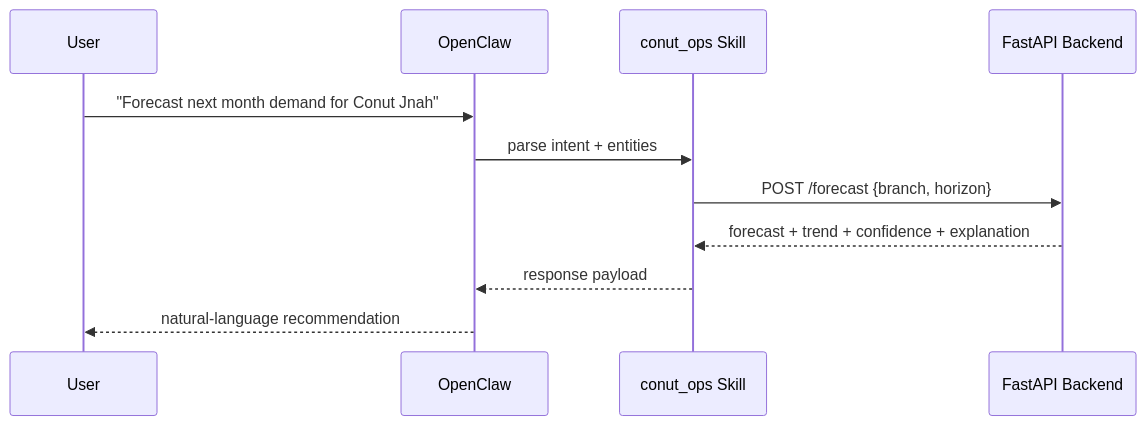
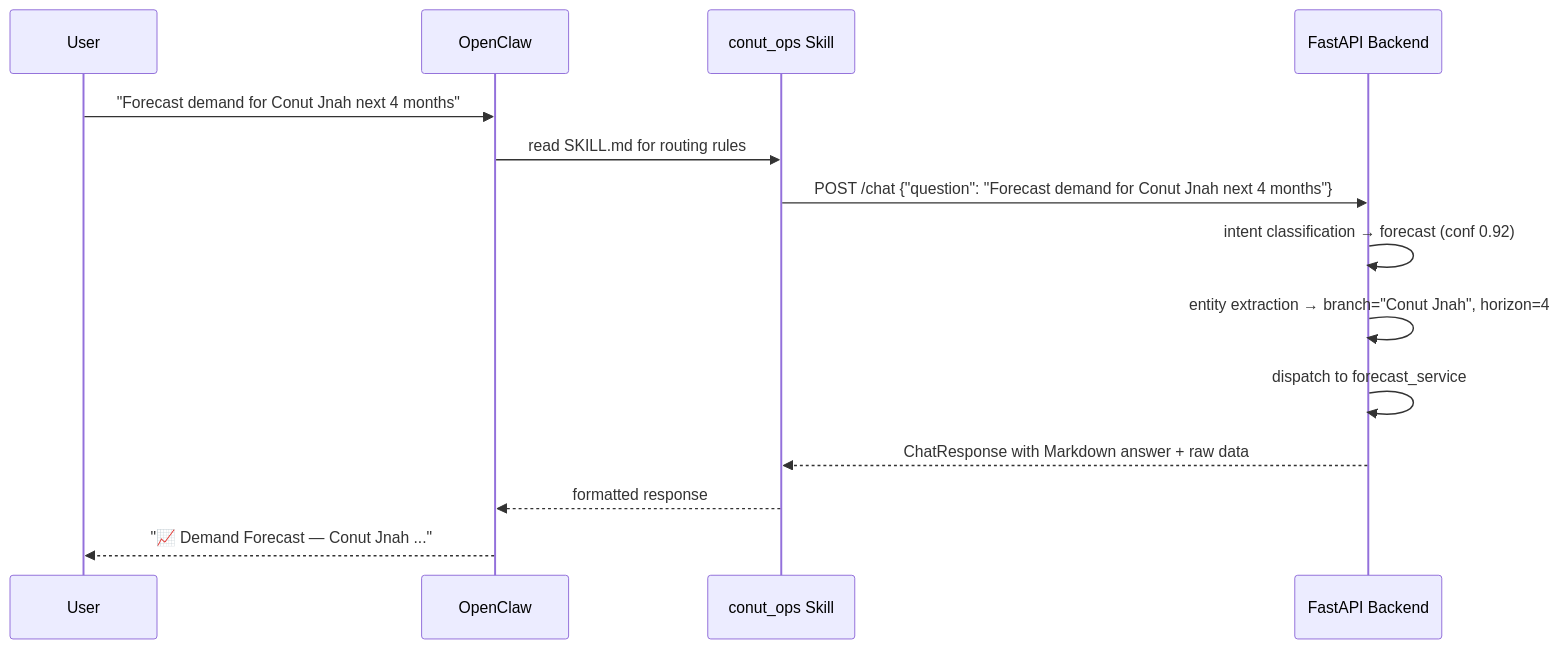
The diagram in docs/OPENCLAW_INTEGRATION.md (mhmd-jawad/Conut-AI-Engineering-Hackathon), drawn with Mermaid before and after one commit. The commit also changed other lines of this file and 3 other files, not shown here.

Commit message:
feat: OpenClaw integration  comprehensive SKILL.md, /branches endpoint, updated contract docs, integration tests (20/20 pass)

````diff
--- a/docs/OPENCLAW_INTEGRATION.md
+++ b/docs/OPENCLAW_INTEGRATION.md
@@ -11,14 +16,17 @@
 ```mermaid
 sequenceDiagram
     participant User
     participant OpenClaw
     participant Skill as conut_ops Skill
     participant API as FastAPI Backend
 
-    User->>OpenClaw: "Forecast next month demand for Conut Jnah"
-    OpenClaw->>Skill: parse intent + entities
-    Skill->>API: POST /forecast {branch, horizon}
-    API-->>Skill: forecast + trend + confidence + explanation
-    Skill-->>OpenClaw: response payload
-    OpenClaw-->>User: natural-language recommendation
+    User->>OpenClaw: "Forecast demand for Conut Jnah next 4 months"
+    OpenClaw->>Skill: read SKILL.md for routing rules
+    Skill->>API: POST /chat {"question": "Forecast demand for Conut Jnah next 4 months"}
+    API->>API: intent classification → forecast (conf 0.92)
+    API->>API: entity extraction → branch="Conut Jnah", horizon=4
+    API->>API: dispatch to forecast_service
+    API-->>Skill: ChatResponse with Markdown answer + raw data
+    Skill-->>OpenClaw: formatted response
+    OpenClaw-->>User: "📈 Demand Forecast — Conut Jnah ..."
 ```
````
